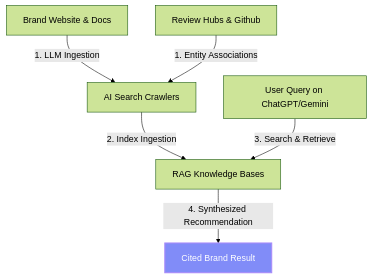
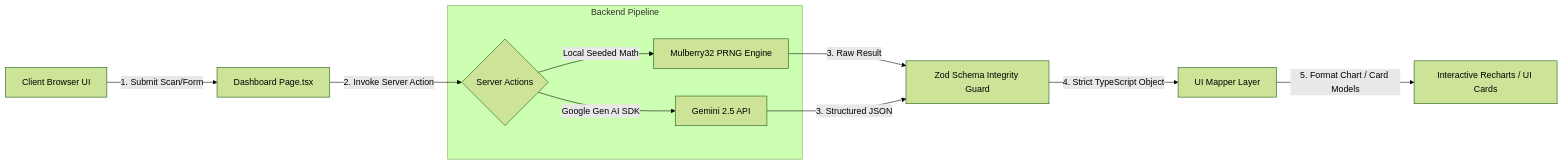
One commit to ritikteotia/BRAVISI changed the diagram in README.md. Above: the diagram before and after it, drawn with Mermaid (forest theme). The commit also changed other lines of this file, not shown here.

````diff
--- a/README.md
+++ b/README.md
@@ -22,9 +134,16 @@
 ```mermaid
-graph TD
-    A[Brand Website & Docs] -->|1. LLM Ingestion| B[AI Search Crawlers]
-    C[Review Hubs & Github] -->|1. Entity Associations| B
-    B -->|2. Index Ingestion| D[RAG Knowledge Bases]
-    E[User Query on ChatGPT/Gemini] -->|3. Search & Retrieve| D
-    D -->|4. Synthesized Recommendation| F[Cited Brand Result]
-    style F fill:#818cf8,stroke:#a78bfa,stroke-width:2px,color:#fff
+graph LR
+    User[Client Browser UI] -->|1. Submit Scan/Form| ClientPage[Dashboard Page.tsx]
+    ClientPage -->|2. Invoke Server Action| Actions{Server Actions}
+    
+    subgraph Backend Pipeline
+        Actions -->|Local Seeded Math| PRNG[Mulberry32 PRNG Engine]
+        Actions -->|Google Gen AI SDK| Gemini[Gemini 2.5 API]
+    end
+    
+    PRNG -->|3. Raw Result| ZodValidate[Zod Schema Integrity Guard]
+    Gemini -->|3. Structured JSON| ZodValidate
+    
+    ZodValidate -->|4. Strict TypeScript Object| Mapper[UI Mapper Layer]
+    Mapper -->|5. Format Chart / Card Models| Recharts[Interactive Recharts / UI Cards]
 ```
````
